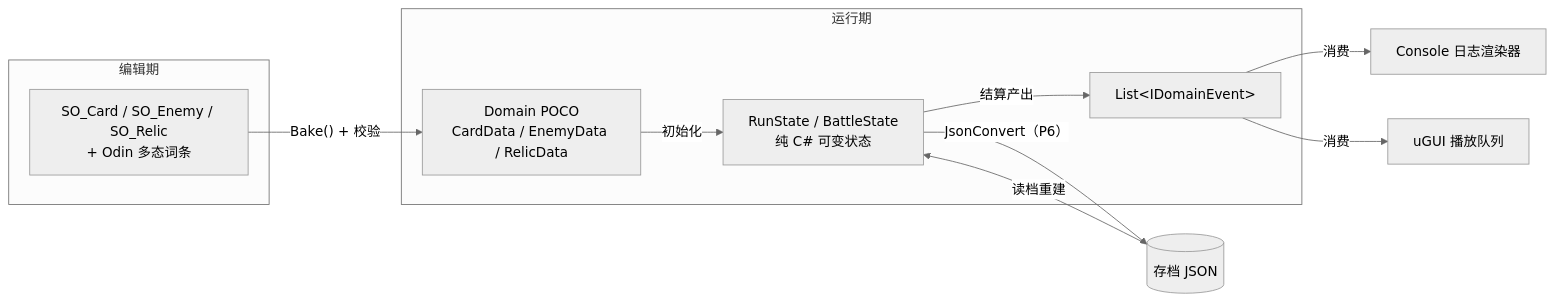
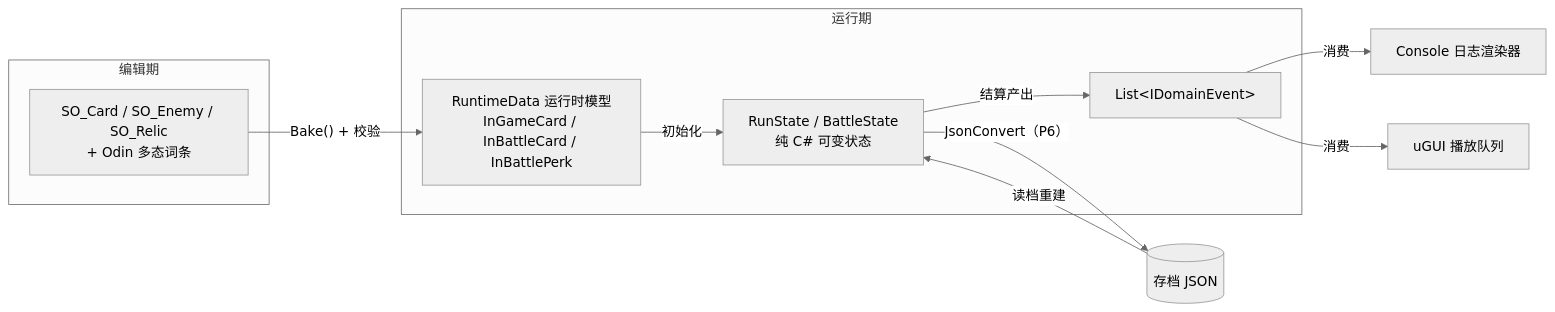
Before and after one commit to mzyqzmd/DreamKeep: the third of 3 diagrams in Docs/04-项目实现顺序与系统解耦设计.md, drawn with Mermaid (neutral theme). The commit also changed other lines of this file and 287 other files, not shown here.

First line of the commit message:
战斗层：运行时卡落点字段 + 两段烘焙装配入口（InGameCard/InBattleCard）

````diff
--- a/Docs/04-项目实现顺序与系统解耦设计.md
+++ b/Docs/04-项目实现顺序与系统解耦设计.md
@@ -275,15 +316,15 @@
 ```mermaid
 graph LR
     subgraph 编辑期
         SO["SO_Card / SO_Enemy / SO_Relic<br>+ Odin 多态词条"]
     end
     subgraph 运行期
-        POCO["Domain POCO<br>CardData / EnemyData / RelicData"] -->|初始化| RS["RunState / BattleState<br>纯 C# 可变状态"]
+        POCO["RuntimeData 运行时模型<br>InGameCard / InBattleCard / InBattlePerk"] -->|初始化| RS["RunState / BattleState<br>纯 C# 可变状态"]
         RS -->|"结算产出"| EB["List&lt;IDomainEvent&gt;"]
     end
     SO -->|"Bake() + 校验"| POCO
     EB -->|消费| LOG["Console 日志渲染器"]
     EB -->|消费| UI["uGUI 播放队列"]
     RS -->|"JsonConvert（P6）"| SAVE[("存档 JSON")]
     SAVE -->|"读档重建"| RS
 ```
````
